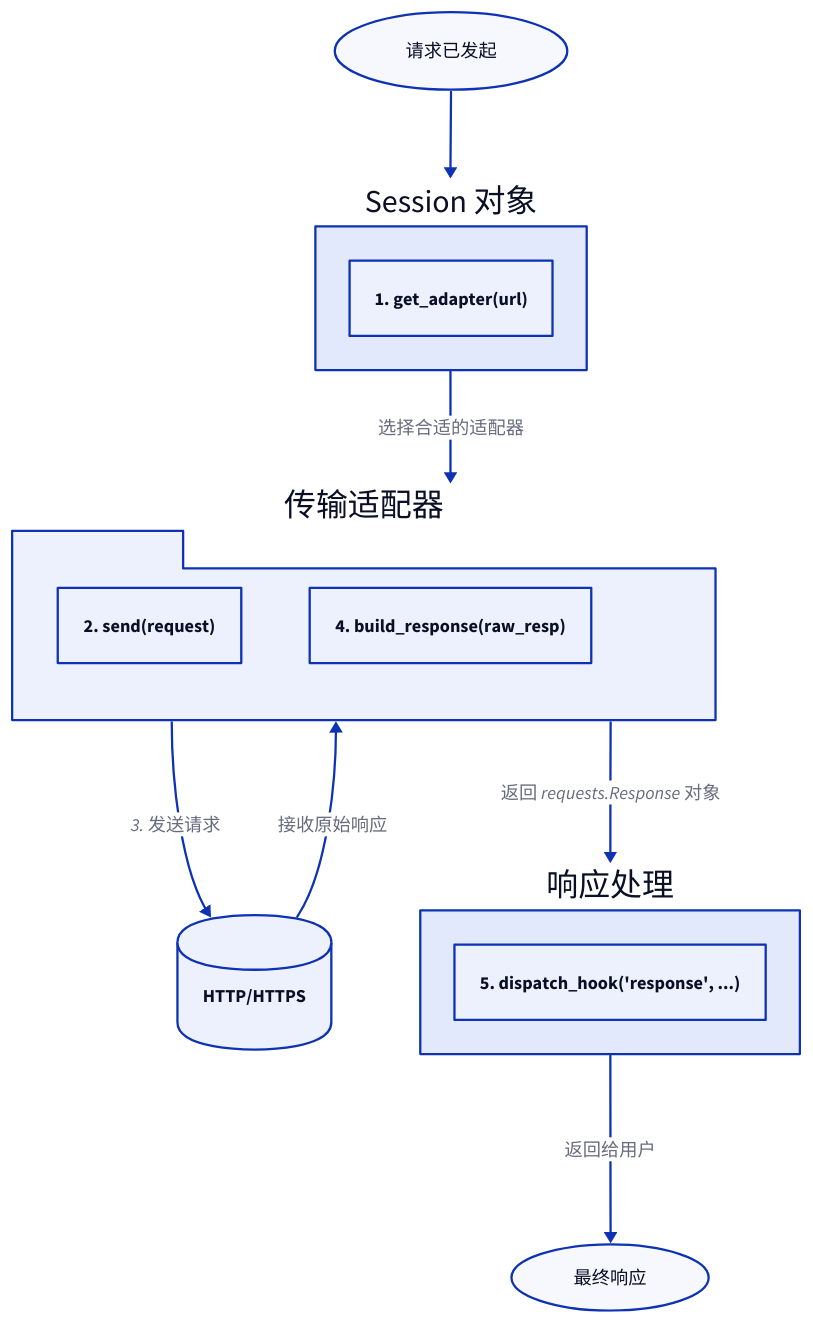
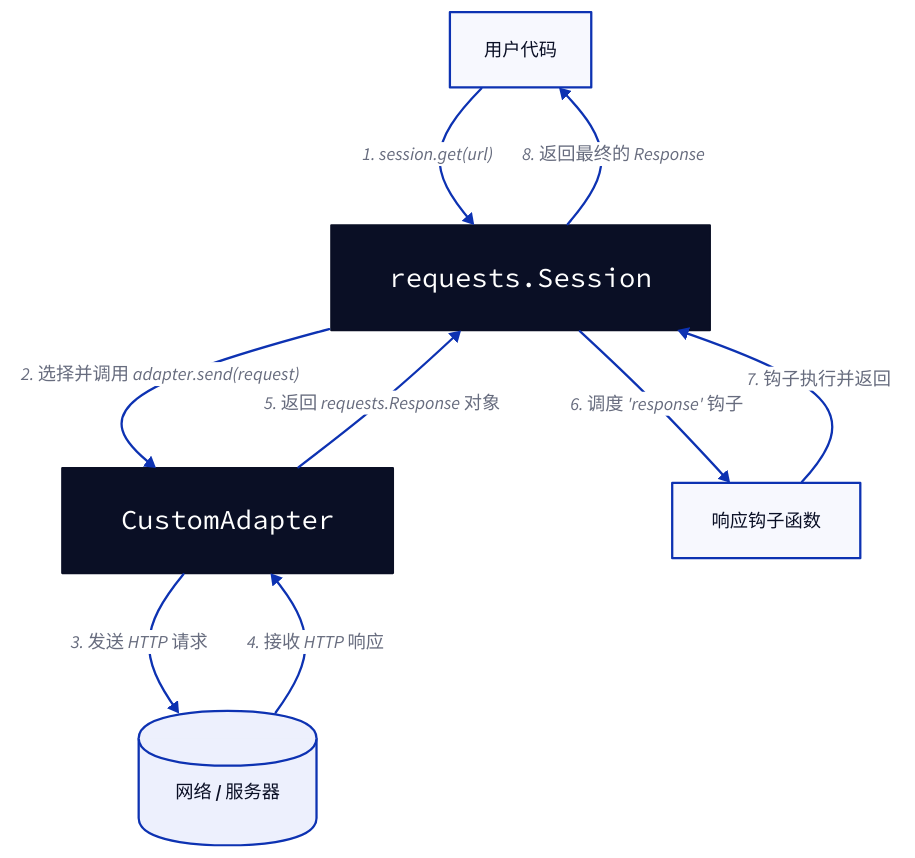
One commit to lban2049/requests changed the diagram in .aigne/doc-smith/docs/advanced-usage-adapters-and-hooks.zh.md. Above: the diagram before and after it, drawn with D2. The commit also changed other lines of this file and 32 other files, not shown here.

````diff
--- a/.aigne/doc-smith/docs/advanced-usage-adapters-and-hooks.zh.md
+++ b/.aigne/doc-smith/docs/advanced-usage-adapters-and-hooks.zh.md
@@ -70,45 +66,38 @@
 ```d2
 direction: down
 
-"请求已发起": {
-  shape: oval
+UserCode: {
+  label: "用户代码"
+  shape: rectangle
 }
 
-"Session 对象": {
-  shape: rectangle
-  "1. get_adapter(url)": {
-    shape: rectangle
-  }
+Session: {
+  label: "requests.Session"
+  shape: class
 }
 
-"传输适配器": {
-  shape: package
-  "2. send(request)": {
-    shape: rectangle
-  }
-  "4. build_response(raw_resp)": {
-    shape: rectangle
-  }
+Adapter: {
+  label: "CustomAdapter"
+  shape: class
 }
 
-"网络通信": {
+Network: {
+  label: "网络 / 服务器"
   shape: cylinder
-  label: "HTTP/HTTPS"
 }
 
-"响应处理": {
+HookFunction: {
+  label: "响应钩子函数"
   shape: rectangle
-  "5. dispatch_hook('response', ...)"
 }
 
-"最终响应": {
-  shape: oval
-}
+UserCode -> Session: "1. session.get(url)"
+Session -> Adapter: "2. 选择并调用 adapter.send(request)"
+Adapter -> Network: "3. 发送 HTTP 请求"
+Network -> Adapter: "4. 接收 HTTP 响应"
+Adapter -> Session: "5. 返回 requests.Response 对象"
+Session -> HookFunction: "6. 调度 'response' 钩子"
+HookFunction -> Session: "7. 钩子执行并返回"
+Session -> UserCode: "8. 返回最终的 Response"
 
-"请求已发起" -> "Session 对象"
-"Session 对象" -> "传输适配器": "选择合适的适配器"
-"传输适配器" -> "网络通信": "3. 发送请求"
-"网络通信" -> "传输适配器": "接收原始响应"
-"传输适配器" -> "响应处理": "返回 requests.Response 对象"
-"响应处理" -> "最终响应": "返回给用户"
 ```
````
